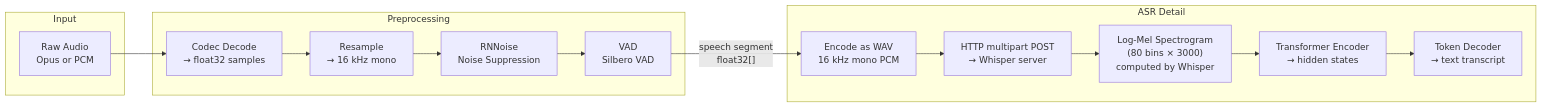
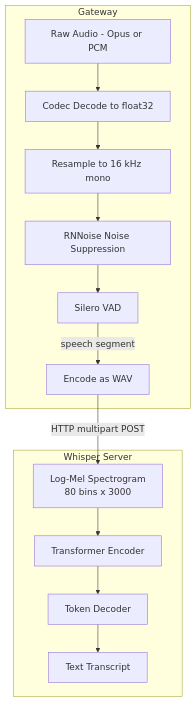
The second of 4 diagrams in docs/architecture.md (hubenschmidt/asr-llm-tts), drawn with Mermaid before and after one commit. The commit also changed other lines of this file and 1 other file, not shown here.

````diff
--- a/docs/architecture.md
+++ b/docs/architecture.md
@@ -51,24 +51,30 @@
 ```mermaid
-flowchart LR
-    subgraph Input
-        RAW[Raw Audio\nOpus or PCM]
+flowchart TB
+    RAW["Raw Audio - Opus or PCM"] --> DEC2["Codec Decode to float32"]
+    DEC2 --> RS2["Resample to 16 kHz mono"]
+    RS2 --> DN2["RNNoise Noise Suppression"]
+    DN2 --> VAD2["Silero VAD"]
+
+    VAD2 -- "speech segment" --> WAV["Encode as WAV"]
+
+    subgraph Gateway
+        RAW
+        DEC2
+        RS2
+        DN2
+        VAD2
+        WAV
     end
 
-    subgraph Preprocessing
-        DEC2[Codec Decode\n→ float32 samples]
-        RS2[Resample\n→ 16 kHz mono]
-        DN2[RNNoise\nNoise Suppression]
-        VAD2[VAD\nSilbero VAD]
+    WAV -- "HTTP multipart POST" --> MEL["Log-Mel Spectrogram<br/>80 bins x 3000"]
+    MEL --> ENC["Transformer Encoder"]
+    ENC --> DEC3["Token Decoder"]
+    DEC3 --> OUT["Text Transcript"]
+
+    subgraph Whisper ["Whisper Server"]
+        MEL
+        ENC
+        DEC3
+        OUT
     end
-
-    subgraph ASR Detail
-        WAV[Encode as WAV\n16 kHz mono PCM]
-        HTTP["HTTP multipart POST\n→ Whisper server"]
-        MEL["Log-Mel Spectrogram\n(80 bins × 3000)\ncomputed by Whisper"]
-        ENC[Transformer Encoder\n→ hidden states]
-        DEC3[Token Decoder\n→ text transcript]
-    end
-
-    RAW --> DEC2 --> RS2 --> DN2 --> VAD2
-    VAD2 -- "speech segment\nfloat32[]" --> WAV --> HTTP --> MEL --> ENC --> DEC3
 ```
````
